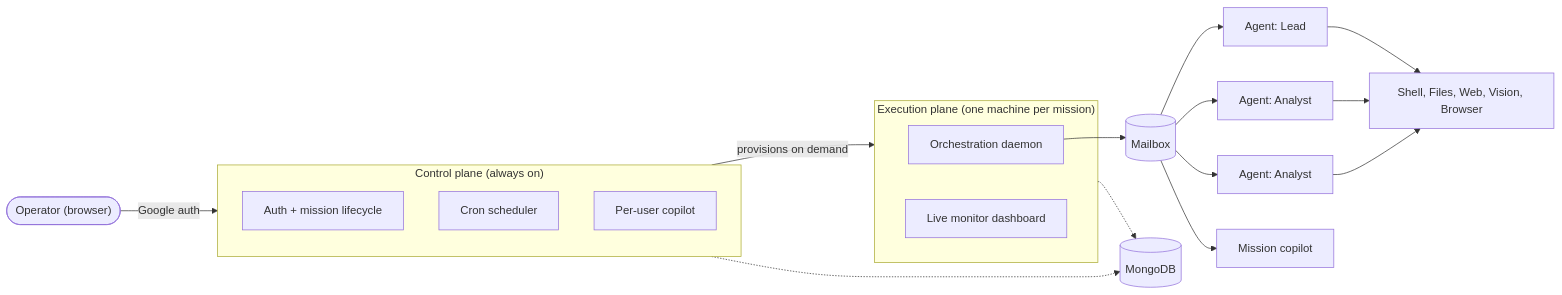
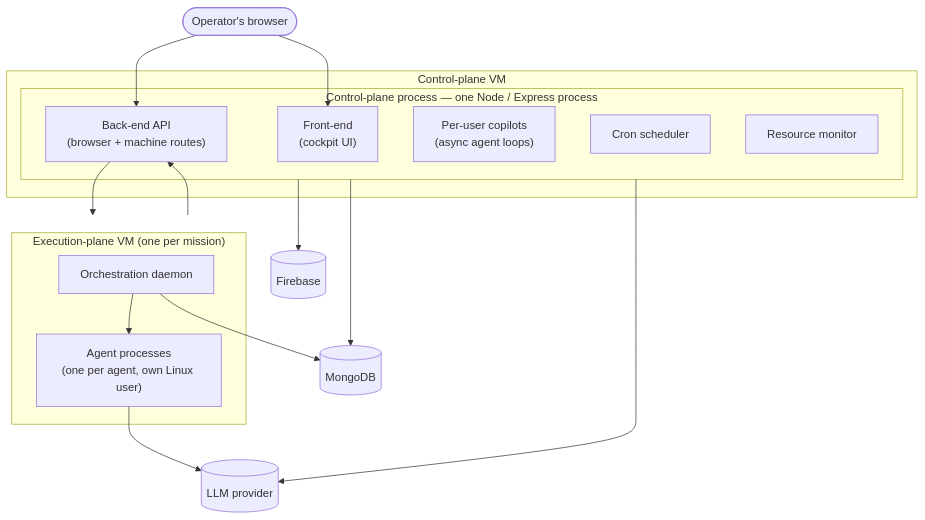
One commit to arnadu/magi_v3 changed the first of 2 diagrams in README.md. Above: the diagram before and after it, drawn with Mermaid. The commit also changed other lines of this file and 2 other files, not shown here.

First line of the commit message:
docs: README rewrite; Sprint 29 roadmap note on copilot isolation

````diff
--- a/README.md
+++ b/README.md
@@ -46,29 +65,31 @@
 ```mermaid
-flowchart LR
-    Operator(["Operator (browser)"]) -->|Google auth| CP
+flowchart TB
+    Browser(["Operator's browser"])
 
-    subgraph CP["Control plane (always on)"]
-        Auth["Auth + mission lifecycle"]
-        Cron["Cron scheduler"]
-        Cop1["Per-user copilot"]
+    subgraph CPVM["Control-plane VM"]
+        subgraph CPProcess["Control-plane process — one Node / Express process"]
+            Frontend["Front-end<br/>(cockpit UI)"]
+            API["Back-end API<br/>(browser + machine routes)"]
+            Copilots["Per-user copilots<br/>(async agent loops)"]
+            Cron["Cron scheduler"]
+            ResMon["Resource monitor"]
+        end
     end
 
-    CP -->|provisions on demand| EP
-
-    subgraph EP["Execution plane (one machine per mission)"]
+    subgraph EPVM["Execution-plane VM (one per mission)"]
         Daemon["Orchestration daemon"]
-        Dash["Live monitor dashboard"]
+        AgentProcs["Agent processes<br/>(one per agent, own Linux user)"]
     end
 
-    Daemon --> MB[("Mailbox")]
-    MB --> A1["Agent: Lead"]
-    MB --> A2["Agent: Analyst"]
-    MB --> A3["Agent: Analyst"]
-    MB --> Cop2["Mission copilot"]
-    A1 --> Tools["Shell, Files, Web, Vision, Browser"]
-    A2 --> Tools
-    A3 --> Tools
+    Browser --> Frontend
+    Browser --> API
+    EPVM --> API
+    API --> EPVM
+    Daemon --> AgentProcs
 
-    CP -.-> DB[("MongoDB")]
-    EP -.-> DB
+    CPProcess --> Firebase[("Firebase")]
+    CPProcess --> Mongo[("MongoDB")]
+    CPProcess --> LLM[("LLM provider")]
+    Daemon --> Mongo
+    AgentProcs --> LLM
 ```
````
